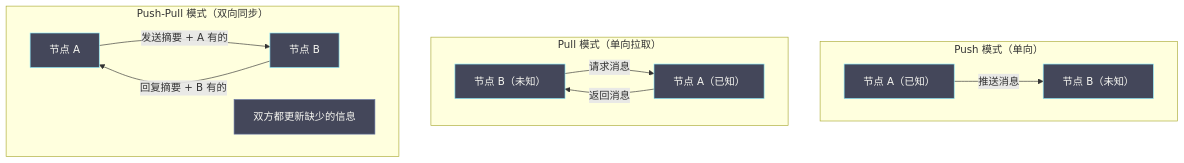
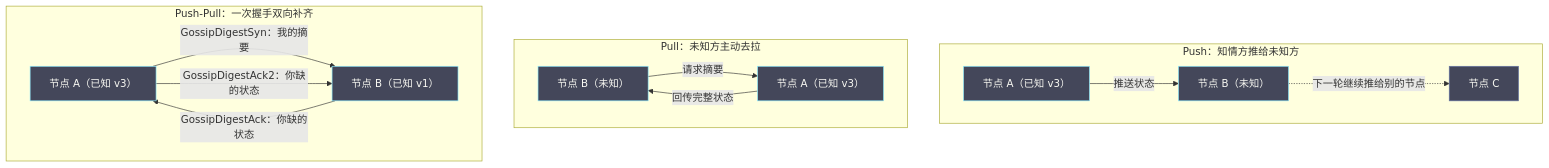
One commit to hpliStartAgain/my-brain changed the first of 3 diagrams in content/分布式架构/分布式系统原理与协议/08 Gossip 协议：去中心化信息传播.md. Above: the diagram before and after it, drawn with Mermaid. The commit also changed other lines of this file and 259 other files, not shown here.

````diff
--- a/content/分布式架构/分布式系统原理与协议/08 Gossip 协议：去中心化信息传播.md
+++ b/content/分布式架构/分布式系统原理与协议/08 Gossip 协议：去中心化信息传播.md
@@ -148,24 +199,24 @@
 ```mermaid
 %%{init: {'theme': 'dracula'}}%%
 graph TD
-    subgraph "Push 模式（单向）"
-        A1["节点 A（已知）"] -->|"推送消息"| B1["节点 B（未知）"]
+    subgraph PUSH["Push：知情方推给未知方"]
+        A1["节点 A（已知 v3）"] -->|"推送状态"| B1["节点 B（未知）"]
+        B1 -.->|"下一轮继续推给别的节点"| C1["节点 C"]
     end
 
-    subgraph "Pull 模式（单向拉取）"
-        B2["节点 B（未知）"] -->|"请求消息"| A2["节点 A（已知）"]
-        A2 -->|"返回消息"| B2
+    subgraph PULL["Pull：未知方主动去拉"]
+        B2["节点 B（未知）"] -->|"请求摘要"| A2["节点 A（已知 v3）"]
+        A2 -->|"回传完整状态"| B2
     end
 
-    subgraph "Push-Pull 模式（双向同步）"
-        A3["节点 A"] -->|"发送摘要 + A 有的"| B3["节点 B"]
-        B3 -->|"回复摘要 + B 有的"| A3
-        Note3["双方都更新缺少的信息"]
+    subgraph PP["Push-Pull：一次握手双向补齐"]
+        A3["节点 A（已知 v3）"] -->|"GossipDigestSyn：我的摘要"| B3["节点 B（已知 v1）"]
+        B3 -->|"GossipDigestAck：你缺的状态"| A3
+        A3 -->|"GossipDigestAck2：你缺的状态"| B3
     end
 
     classDef node fill:#44475a,stroke:#8be9fd,color:#f8f8f2
-    classDef note fill:#44475a,stroke:#6272a4,color:#f8f8f2
-
+    classDef ghost fill:#44475a,stroke:#6272a4,color:#f8f8f2
     class A1,B1,A2,B2,A3,B3 node
-    class Note3 note
+    class C1 ghost
 ```
````
